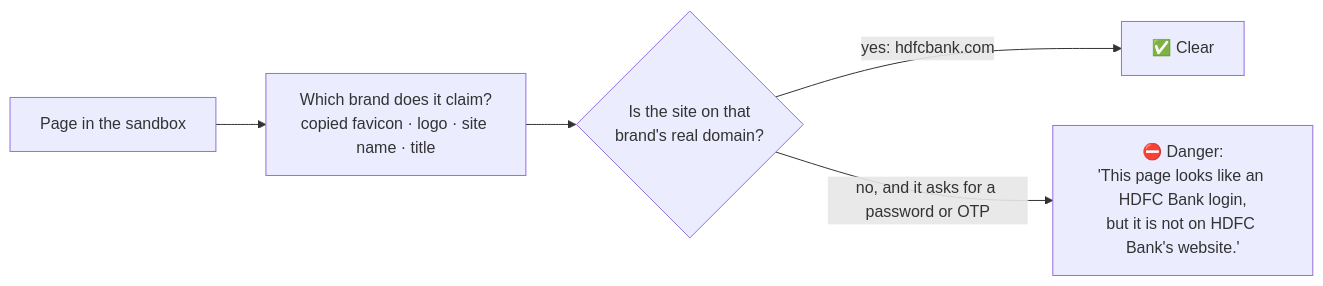
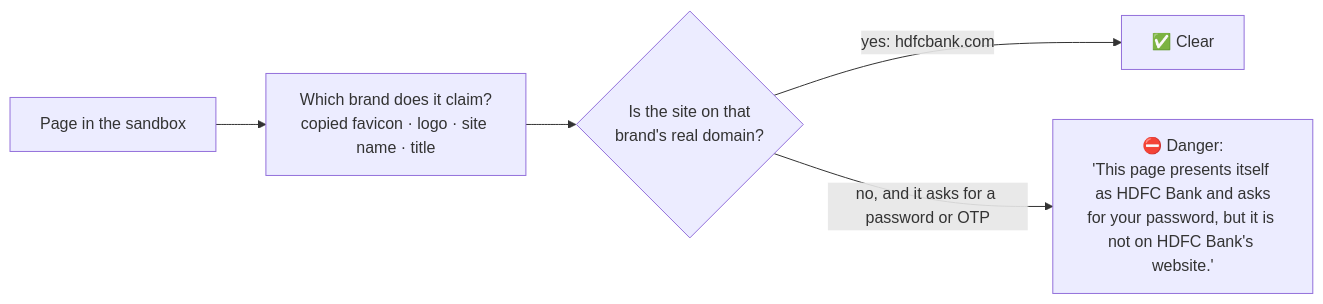
The third of 4 diagrams in README.md (nikylogic/PhishGuard), drawn with Mermaid before and after one commit. The commit also changed other lines of this file and 16 other files, not shown here.

````diff
--- a/README.md
+++ b/README.md
@@ -76,7 +75,7 @@
 ```mermaid
 flowchart LR
     P["Page in the sandbox"] --> C["Which brand does it claim?<br/>copied favicon · logo · site name · title"]
     C --> D{"Is the site on that<br/>brand's real domain?"}
     D -->|"yes: hdfcbank.com"| OK["✅ Clear"]
-    D -->|"no, and it asks for a password or OTP"| BAD["⛔ Danger:<br/>'This page looks like an HDFC Bank login,<br/>but it is not on HDFC Bank's website.'"]
+    D -->|"no, and it asks for a password or OTP"| BAD["⛔ Danger:<br/>'This page presents itself as HDFC Bank and asks<br/>for your password, but it is not on HDFC Bank's website.'"]
 ```
````
